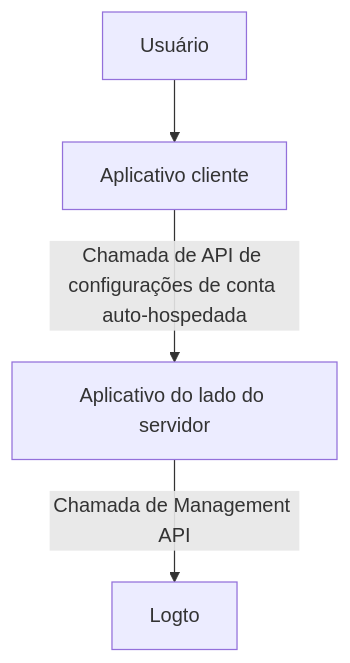
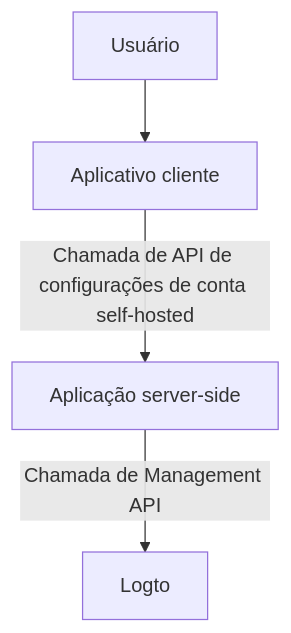
Before and after one commit to logto-io/docs: the first of 3 diagrams in i18n/pt-BR/docusaurus-plugin-content-docs/current/end-user-flows/account-settings/by-management-api.mdx, drawn with Mermaid. The commit also changed other lines of this file and 137 other files, not shown here.

````diff
--- a/i18n/pt-BR/docusaurus-plugin-content-docs/current/end-user-flows/account-settings/by-management-api.mdx
+++ b/i18n/pt-BR/docusaurus-plugin-content-docs/current/end-user-flows/account-settings/by-management-api.mdx
@@ -13,6 +13,6 @@
 ```mermaid
   graph TB
     A[Usuário] --> B[Aplicativo cliente]
-    B -->|Chamada de API de configurações de conta auto-hospedada|C[Aplicativo do lado do servidor]
+    B -->|Chamada de API de configurações de conta self-hosted|C[Aplicação server-side]
     C -->|Chamada de Management API| D[Logto]
 ```
````
